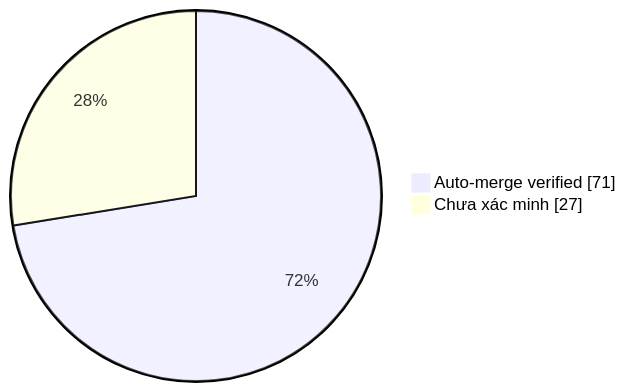
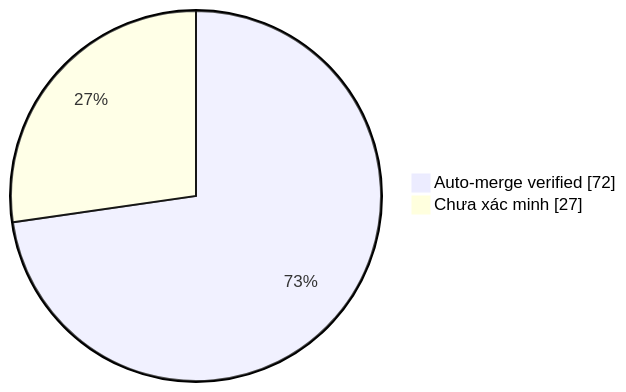
Before and after one commit to duykhang68/tetdinhmuiblog: the diagram in collector.md, drawn with Mermaid. The commit also changed other lines of this file and 1 other file, not shown here.

Commit message:
docs(collector): update auto-merge evidence dashboard

````diff
--- a/collector.md
+++ b/collector.md
@@ -22,5 +22,5 @@
 ```mermaid
 pie showData
-    "Auto-merge verified" : 71
+    "Auto-merge verified" : 72
     "Chưa xác minh" : 27
 ```
````
